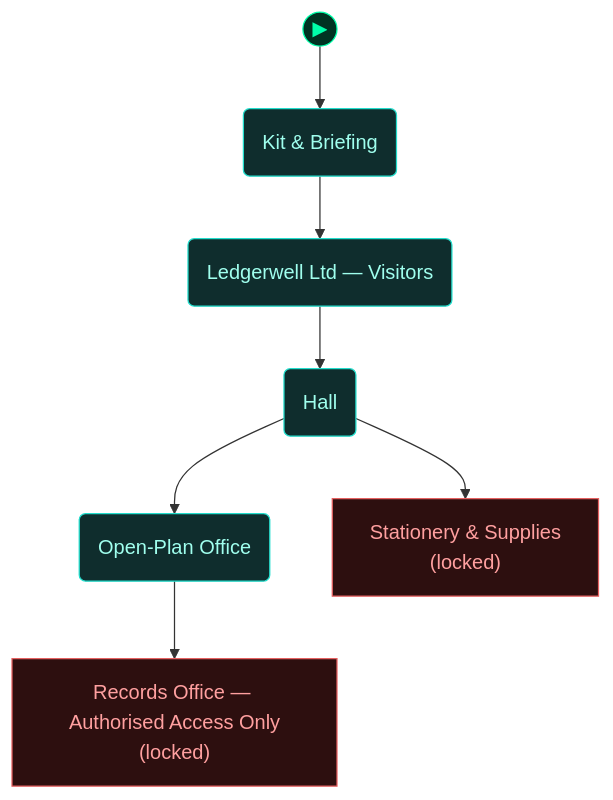
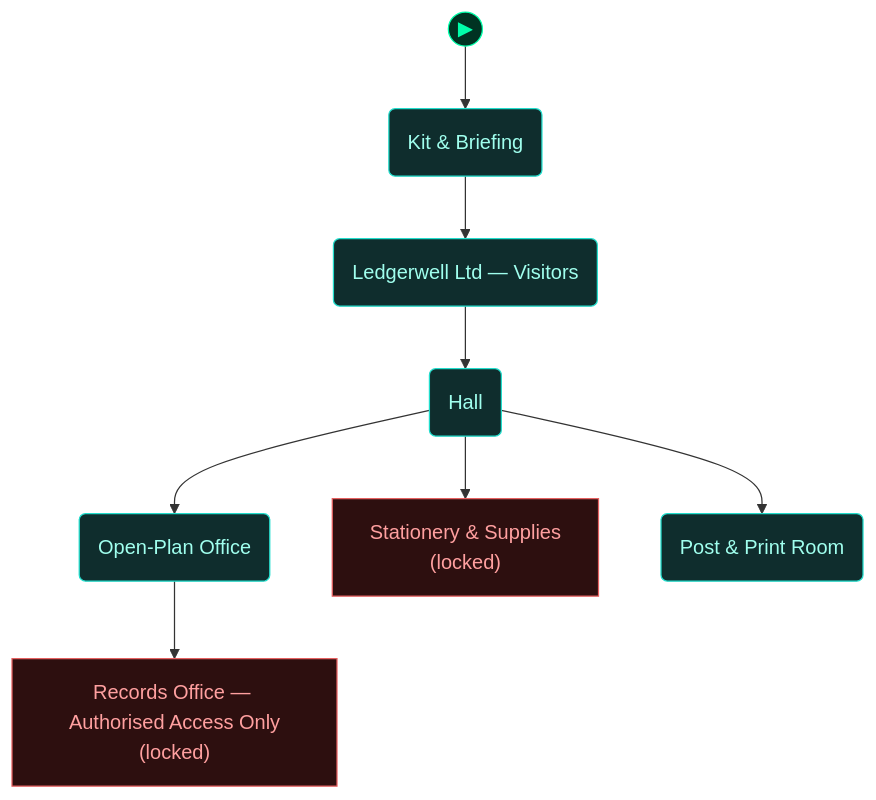
The fourth of 5 diagrams in scenarios/lab_physical_pentest/dungeon_graph.md (cliffe/BreakEscape), drawn with Mermaid before and after one commit. The commit also changed other lines of this file and 10 other files, not shown here.

First line of the commit message:
lab_physical_pentest expansion step 3: P1 post & print room + B3 sensitive-document-disposal beat

````diff
--- a/scenarios/lab_physical_pentest/dungeon_graph.md
+++ b/scenarios/lab_physical_pentest/dungeon_graph.md
@@ -222,38 +226,40 @@
 ```mermaid
 flowchart TD
 
   classDef room      fill:#0f2d2d,stroke:#22ddcc,color:#a0ffee
   classDef lock      fill:#2d0f0f,stroke:#e66060,color:#ffa0a0
   classDef key       fill:#2d0812,stroke:#e66060,color:#ffa0a0
   classDef item      fill:#2d1200,stroke:#e89030,color:#ffcc80
   classDef gate      fill:#111,stroke:#666,color:#eee
   classDef vm        fill:#0c1f40,stroke:#4a90d9,color:#a0c8ff
   classDef flag      fill:#1a0c2d,stroke:#9060d0,color:#cc99ff
   classDef action    fill:#1a1200,stroke:#cc9922,color:#ffee88
   classDef aim       fill:#0d2a0d,stroke:#44cc44,color:#88ff88
   classDef aim_gate  fill:#111111,stroke:#44cc44,color:#44cc44
   classDef container fill:#1a2d1a,stroke:#60b060,color:#a0e0a0
   classDef npc       fill:#2d1f0d,stroke:#d0a050,color:#ffe0a0
   classDef critical  fill:#2a1500,stroke:#ffaa00,color:#ffdd88
   classDef start     fill:#003322,stroke:#00ffaa,color:#00ffaa
 
   node_start(("▶"))
   node_start --> briefing_room
 
   briefing_room("Kit & Briefing")
   reception("Ledgerwell Ltd — Visitors")
   hall("Hall")
   open_plan("Open-Plan Office")
   secure_area["Records Office — Authorised Access Only<br/>(locked)"]
   store_room["Stationery & Supplies<br/>(locked)"]
+  P1("Post & Print Room")
 
   briefing_room --> reception
   reception --> hall
   hall --> open_plan
   hall --> store_room
+  hall --> P1
   open_plan --> secure_area
 
-  class briefing_room,reception,hall,open_plan room
+  class briefing_room,reception,hall,open_plan,P1 room
   class secure_area,store_room lock
   class node_start start
 ```
````
